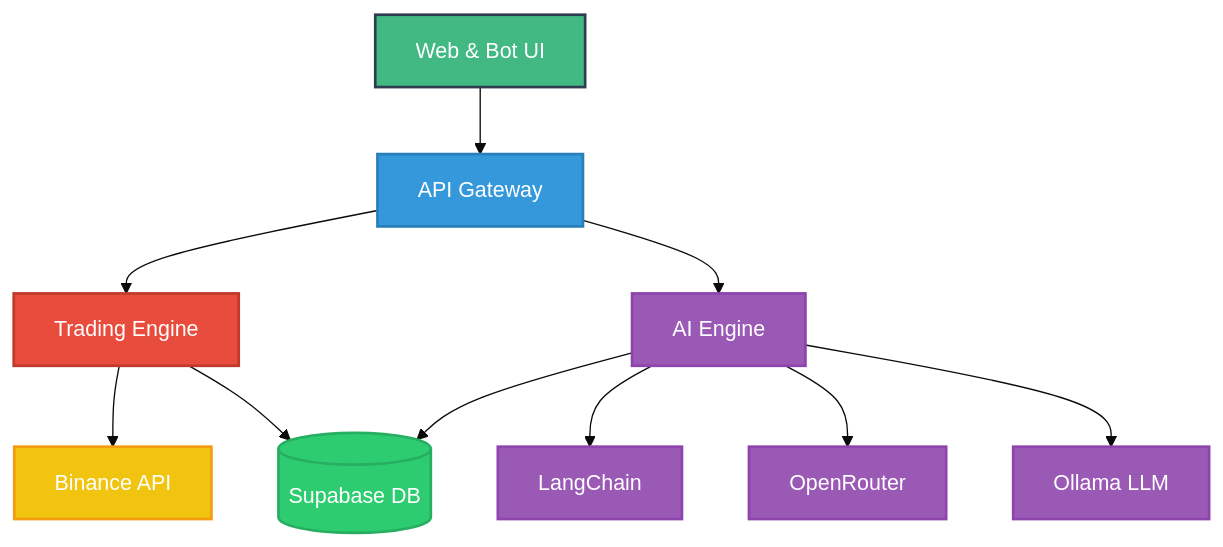
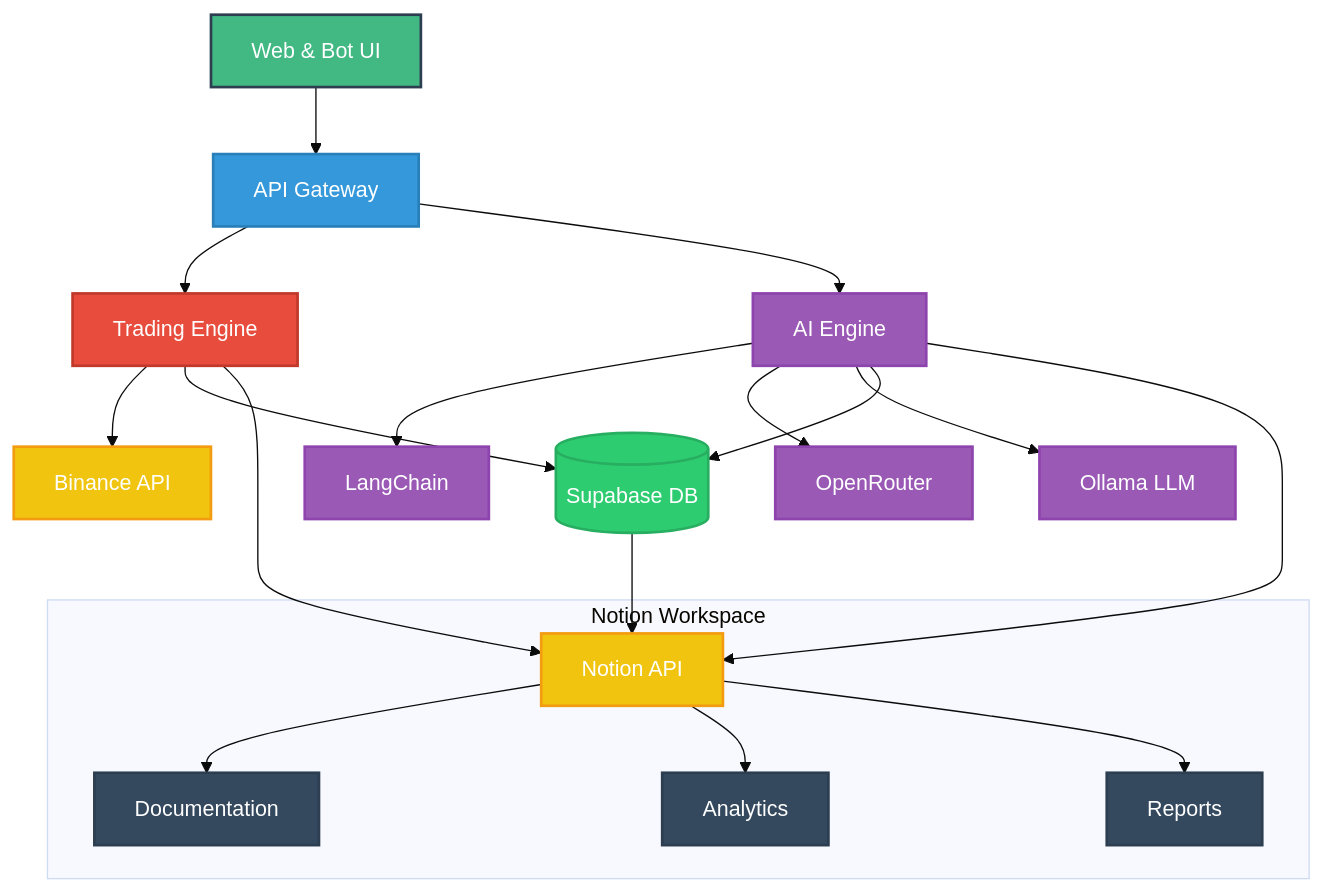
Before and after one commit to Gmpho/ag-bot-automation-with-ag: the diagram in project-doc.md, drawn with Mermaid (base theme).

Commit message:
enhanced and change system Architecture

````diff
--- a/project-doc.md
+++ b/project-doc.md
@@ -123,19 +123,30 @@
 ```mermaid
 graph TD
     UI[Web & Bot UI]:::frontend --> GATE[API Gateway]:::backend
     GATE --> TRADE[Trading Engine]:::core
     GATE --> AI[AI Engine]:::ai
     TRADE --> BINANCE[Binance API]:::external
     AI --> LANG[LangChain]:::ai
     AI --> ROUTER[OpenRouter]:::ai
     AI --> OLLAMA[Ollama LLM]:::ai
     TRADE --> DB[(Supabase DB)]:::database
     AI --> DB
+
+    %% Notion Integration
+    TRADE --> NOTION[Notion API]:::external
+    AI --> NOTION
+    DB --> NOTION
+    subgraph Notion Workspace
+        NOTION --> DOCS[Documentation]:::docs
+        NOTION --> ANALYTICS[Analytics]:::docs
+        NOTION --> REPORTS[Reports]:::docs
+    end
     
     classDef frontend fill:#42b883,stroke:#2c3e50,stroke-width:2px,color:#fff
     classDef backend fill:#3498db,stroke:#2980b9,stroke-width:2px,color:#fff
     classDef core fill:#e74c3c,stroke:#c0392b,stroke-width:2px,color:#fff
     classDef ai fill:#9b59b6,stroke:#8e44ad,stroke-width:2px,color:#fff
     classDef external fill:#f1c40f,stroke:#f39c12,stroke-width:2px,color:#fff
     classDef database fill:#2ecc71,stroke:#27ae60,stroke-width:2px,color:#fff
+    classDef docs fill:#34495e,stroke:#2c3e50,stroke-width:2px,color:#fff
 ```
````
